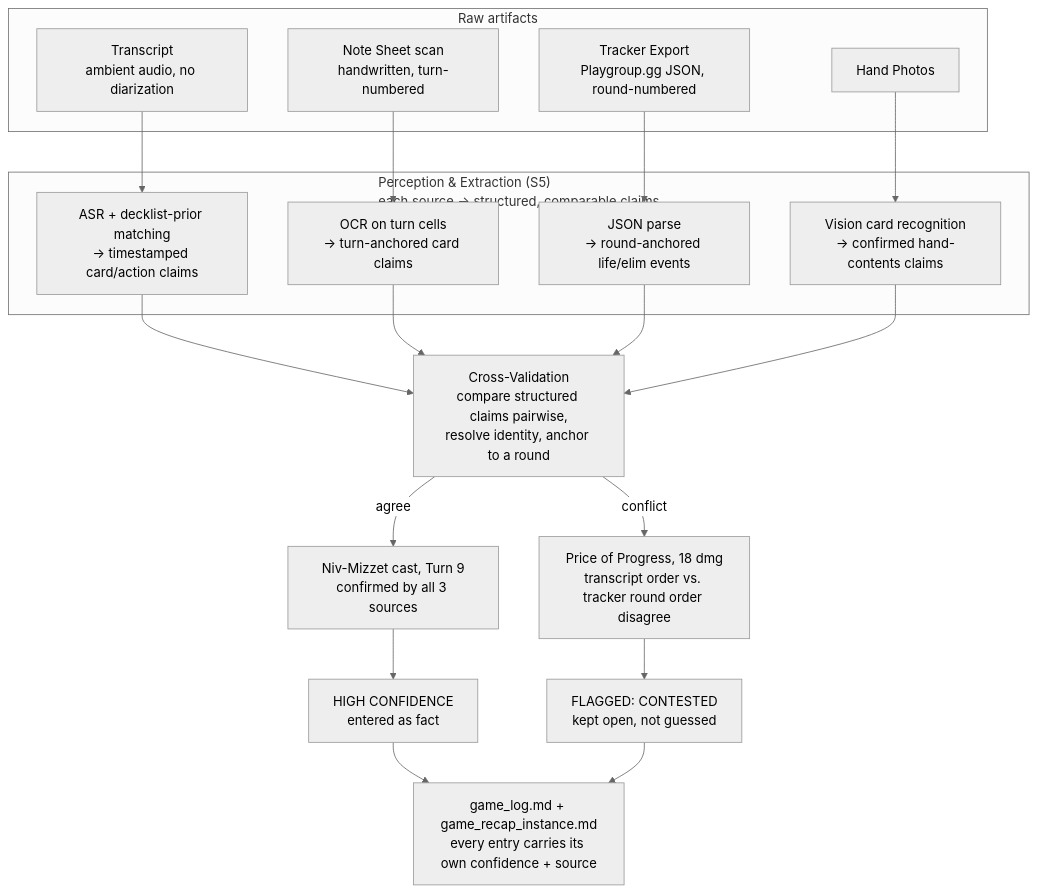
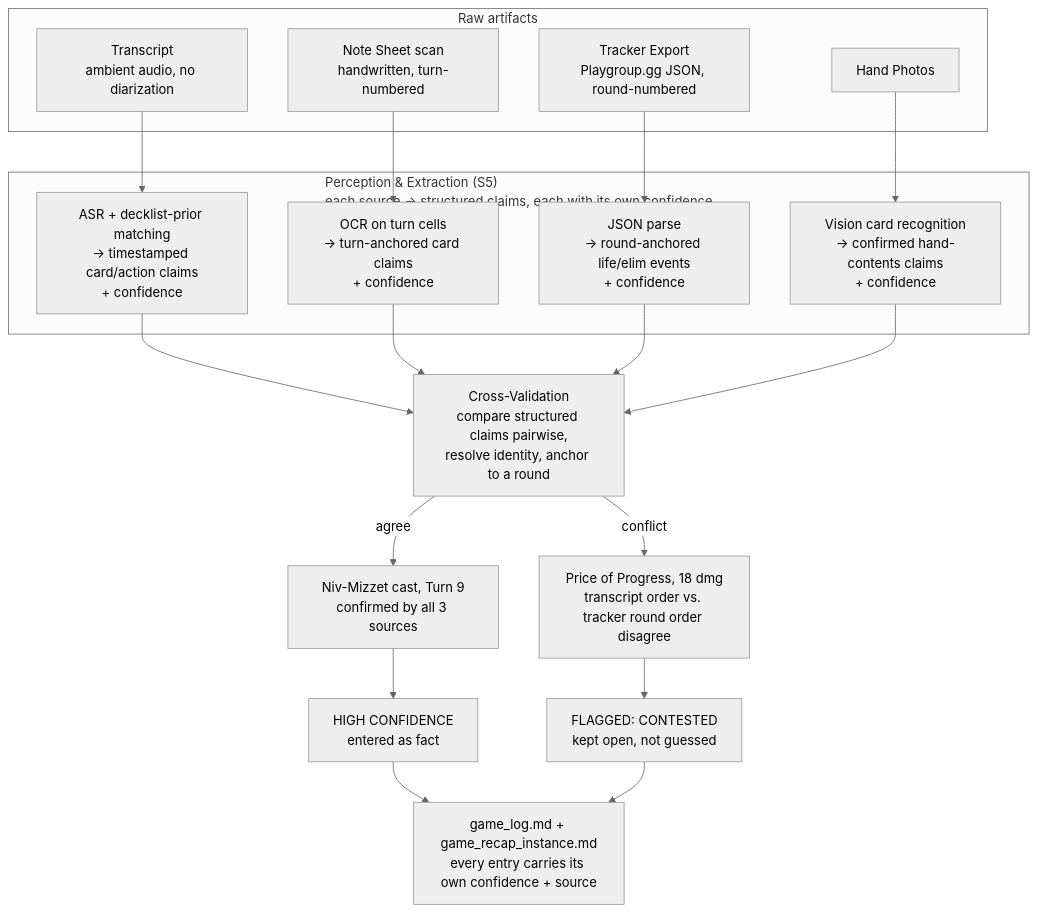
The second of 2 diagrams in spec/live-game-capture-spec.md (killriam/mtg-replay-notation), drawn with Mermaid (neutral theme) before and after one commit. The commit also changed other lines of this file, not shown here.

First line of the commit message:
docs(spec): make the extraction layer's entry format and confidence metadata explicit

````diff
--- a/spec/live-game-capture-spec.md
+++ b/spec/live-game-capture-spec.md
@@ -297,35 +297,35 @@
 ```mermaid
 flowchart TD
     subgraph Raw["Raw artifacts"]
         T["Transcript<br/>ambient audio, no diarization"]
         N["Note Sheet scan<br/>handwritten, turn-numbered"]
         K["Tracker Export<br/>Playgroup.gg JSON, round-numbered"]
         P["Hand Photos"]
     end
 
-    subgraph Extract["Perception & Extraction (S5)<br/>each source -&gt; structured, comparable claims"]
-        ET["ASR + decklist-prior matching<br/>-&gt; timestamped card/action claims"]
-        EN["OCR on turn cells<br/>-&gt; turn-anchored card claims"]
-        EK["JSON parse<br/>-&gt; round-anchored life/elim events"]
-        EP["Vision card recognition<br/>-&gt; confirmed hand-contents claims"]
+    subgraph Extract["Perception & Extraction (S5)<br/>each source -&gt; structured claims, each with its own confidence"]
+        ET["ASR + decklist-prior matching<br/>-&gt; timestamped card/action claims<br/>+ confidence"]
+        EN["OCR on turn cells<br/>-&gt; turn-anchored card claims<br/>+ confidence"]
+        EK["JSON parse<br/>-&gt; round-anchored life/elim events<br/>+ confidence"]
+        EP["Vision card recognition<br/>-&gt; confirmed hand-contents claims<br/>+ confidence"]
     end
 
     T --> ET
     N --> EN
     K --> EK
     P --> EP
 
     ET --> X["Cross-Validation<br/>compare structured claims pairwise,<br/>resolve identity, anchor to a round"]
     EN --> X
     EK --> X
     EP --> X
 
     X -->|"agree"| A["Niv-Mizzet cast, Turn 9<br/>confirmed by all 3 sources"]
     X -->|"conflict"| B["Price of Progress, 18 dmg<br/>transcript order vs. tracker round order disagree"]
 
     A --> H["HIGH CONFIDENCE<br/>entered as fact"]
     B --> F["FLAGGED: CONTESTED<br/>kept open, not guessed"]
 
     H --> O["game_log.md + game_recap_instance.md<br/>every entry carries its own confidence + source"]
     F --> O
 ```
````
